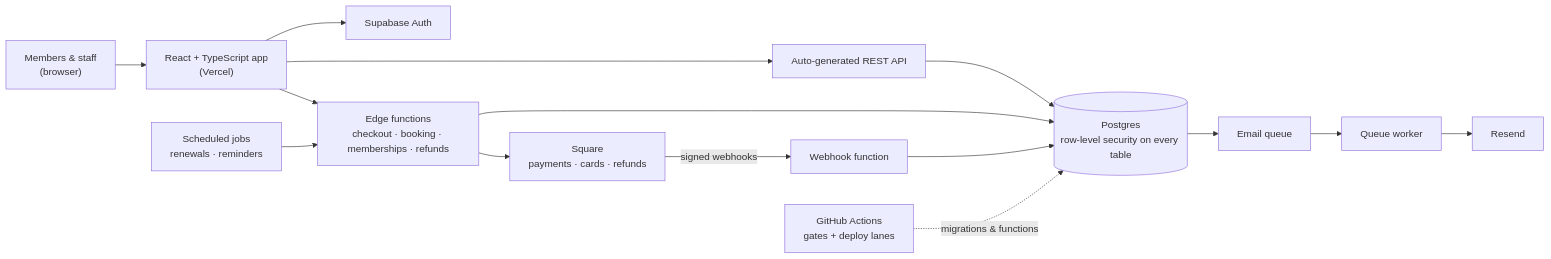
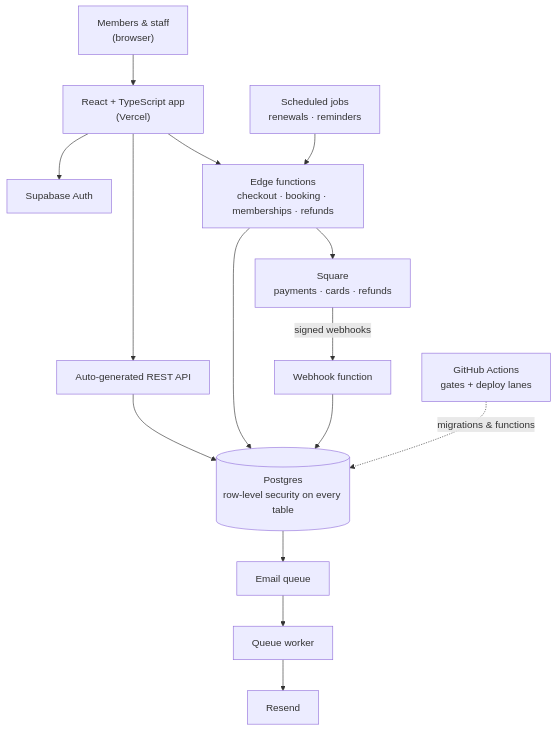
One commit to J0r33/booking-platform-case-study changed the diagram in README.md. Above: the diagram before and after it, drawn with Mermaid. The commit also changed other lines of this file, not shown here.

Commit message:
docs: stack the architecture diagram vertically and date the work

````diff
--- a/README.md
+++ b/README.md
@@ -29,16 +30,16 @@
 ```mermaid
-flowchart LR
+flowchart TB
     M["Members &amp; staff<br/>(browser)"] --> SPA["React + TypeScript app<br/>(Vercel)"]
     SPA --> AUTH["Supabase Auth"]
     SPA --> API["Auto-generated REST API"]
     API --> DB[("Postgres<br/>row-level security on every table")]
     SPA --> FN["Edge functions<br/>checkout · booking · memberships · refunds"]
     FN --> DB
     FN --> SQ["Square<br/>payments · cards · refunds"]
     SQ -- "signed webhooks" --> WH["Webhook function"]
     WH --> DB
     CRON["Scheduled jobs<br/>renewals · reminders"] --> FN
     DB --> Q["Email queue"]
     Q --> W["Queue worker"] --> RS["Resend"]
     GH["GitHub Actions<br/>gates + deploy lanes"] -. "migrations &amp; functions" .-> DB
 ```
````
